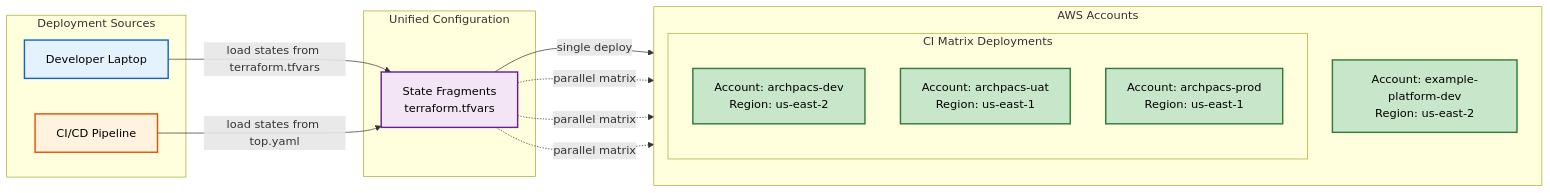
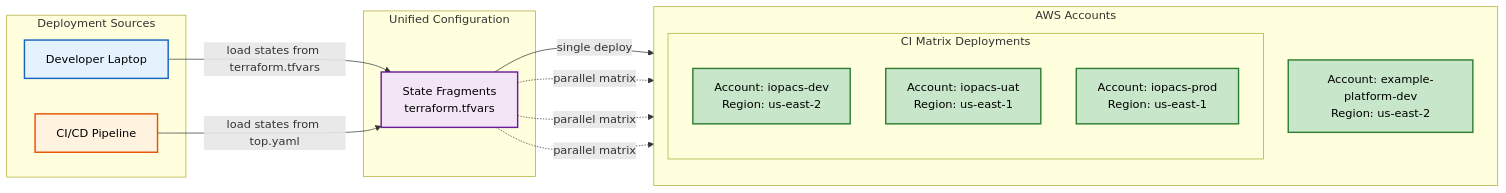
Before and after one commit to 0-5788719150923125/platformer: the diagram in present/08-developer-experience.md, drawn with Mermaid. The commit also changed 91 other files, not shown here.

````diff
--- a/present/08-developer-experience.md
+++ b/present/08-developer-experience.md
@@ -5,40 +5,40 @@
 ```mermaid
 flowchart LR
     subgraph Entrypoints["Deployment Sources"]
         Dev[Developer Laptop]
         CI[CI/CD Pipeline]
     end
 
     subgraph Config["Unified Configuration"]
         States["State Fragments<br/>terraform.tfvars"]
     end
 
     subgraph Targets["AWS Accounts"]
         direction TB
         DevAccount[Account: example-platform-dev<br/>Region: us-east-2]
 
         subgraph Matrix["CI Matrix Deployments"]
-            Acc1[Account: archpacs-dev<br/>Region: us-east-2]
-            Acc2[Account: archpacs-uat<br/>Region: us-east-1]
-            Acc3[Account: archpacs-prod<br/>Region: us-east-1]
+            Acc1[Account: iopacs-dev<br/>Region: us-east-2]
+            Acc2[Account: iopacs-uat<br/>Region: us-east-1]
+            Acc3[Account: iopacs-prod<br/>Region: us-east-1]
         end
     end
 
     Dev -->|"load states from terraform.tfvars"| States
     CI -->|"load states from top.yaml"| States
 
     States -->|"single deploy"| DevAccount
     States -.->|"parallel matrix"| Acc1
     States -.->|"parallel matrix"| Acc2
     States -.->|"parallel matrix"| Acc3
 
     classDef devStyle fill:#e3f2fd,stroke:#1565c0,stroke-width:2px,color:#000
     classDef ciStyle fill:#fff3e0,stroke:#e65100,stroke-width:2px,color:#000
     classDef configStyle fill:#f3e5f5,stroke:#6a1b9a,stroke-width:2px,color:#000
     classDef accountStyle fill:#c8e6c9,stroke:#2e7d32,stroke-width:2px,color:#000
 
     class Dev devStyle
     class CI ciStyle
     class States configStyle
     class DevAccount,Acc1,Acc2,Acc3 accountStyle
 ```
````
